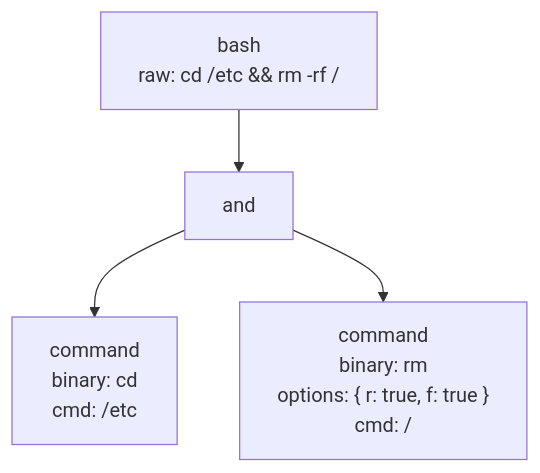
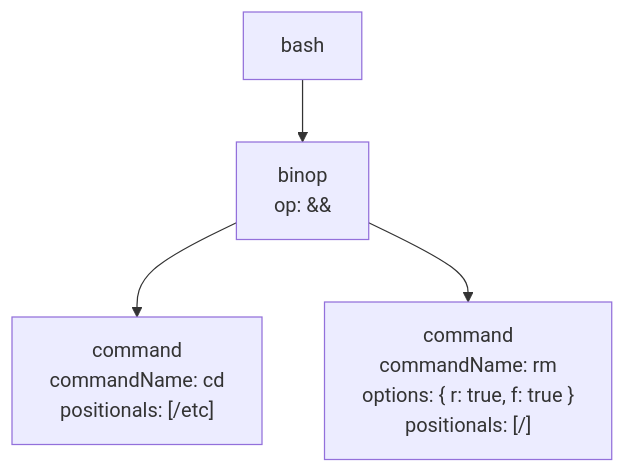
Before and after one commit to ashleydavis/expressive-permissions: the third of 3 diagrams in docs/HOW_IT_WORKS.md, drawn with Mermaid. The commit also changed other lines of this file and 433 other files, not shown here.

````diff
--- a/docs/HOW_IT_WORKS.md
+++ b/docs/HOW_IT_WORKS.md
@@ -88,6 +91,6 @@
 ```mermaid
 graph TD
-  Bash["bash<br/>raw: cd /etc &amp;&amp; rm -rf /"] --> And["and"]
-  And --> Cd["command<br/>binary: cd<br/>cmd: /etc"]
-  And --> Rm["command<br/>binary: rm<br/>options: { r: true, f: true }<br/>cmd: /"]
+  Bash["bash"] --> And["binop<br/>op: &&"]
+  And --> Cd["command<br/>commandName: cd<br/>positionals: [/etc]"]
+  And --> Rm["command<br/>commandName: rm<br/>options: { r: true, f: true }<br/>positionals: [/]"]
 ```
````
